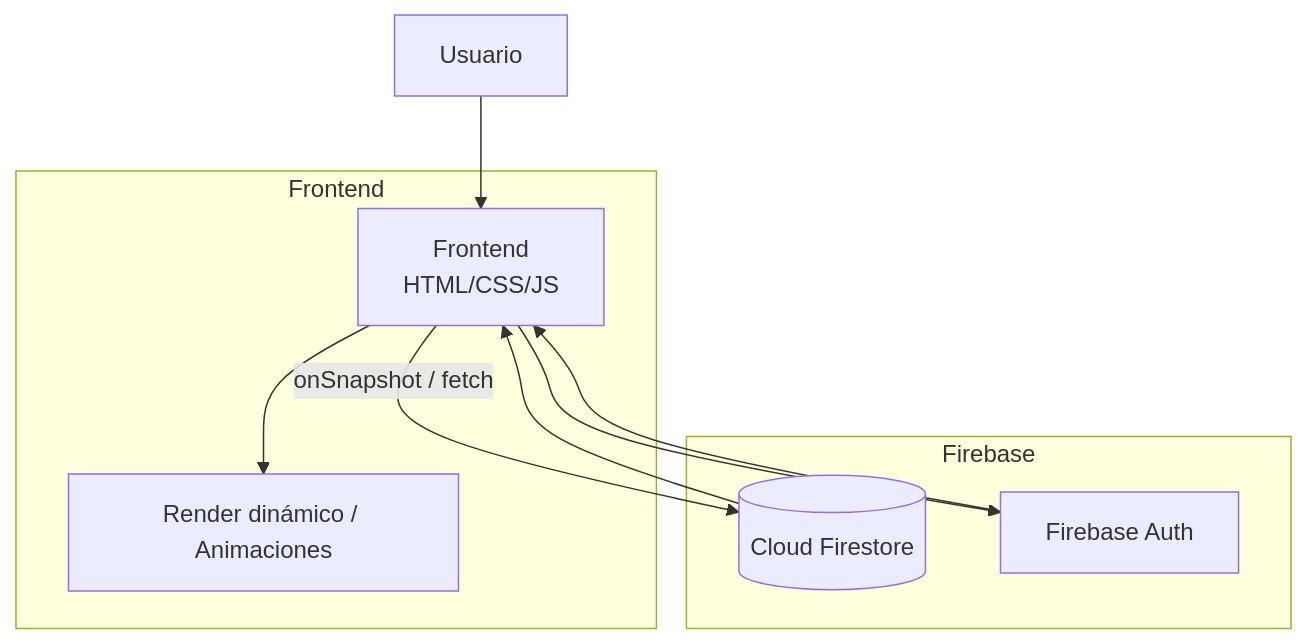
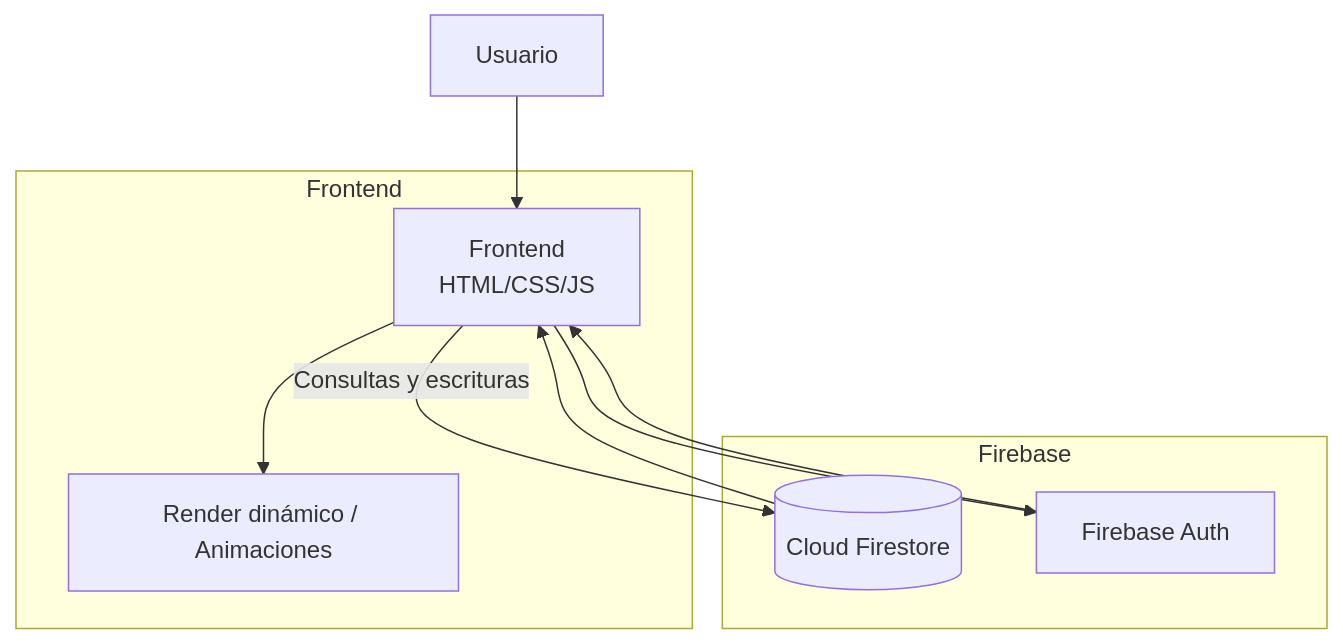
One commit to Jhormancastella/Mis-webs changed the first of 5 diagrams in README.md. Above: the diagram before and after it, drawn with Mermaid. The commit also changed other lines of this file and 1 other file, not shown here.

Commit message:
fix: update README for clarity on Firestore project loading and CRUD functionality; adjust main.js for pagination reset and keyboard accessibility

````diff
--- a/README.md
+++ b/README.md
@@ -147,17 +147,17 @@
 ```mermaid
 graph TD
   U[Usuario] --> FE[Frontend<br/>HTML/CSS/JS]
-  FE -->|onSnapshot / fetch| FS[(Cloud Firestore)]
+  FE -->|Consultas y escrituras| FS[(Cloud Firestore)]
   FE --> AU[Firebase Auth]
   AU --> FE
   FS --> FE
   FE --> UI[Render dinámico / Animaciones]
   subgraph Frontend
     FE
     UI
   end
   subgraph Firebase
     AU
     FS
   end
 ```
````
